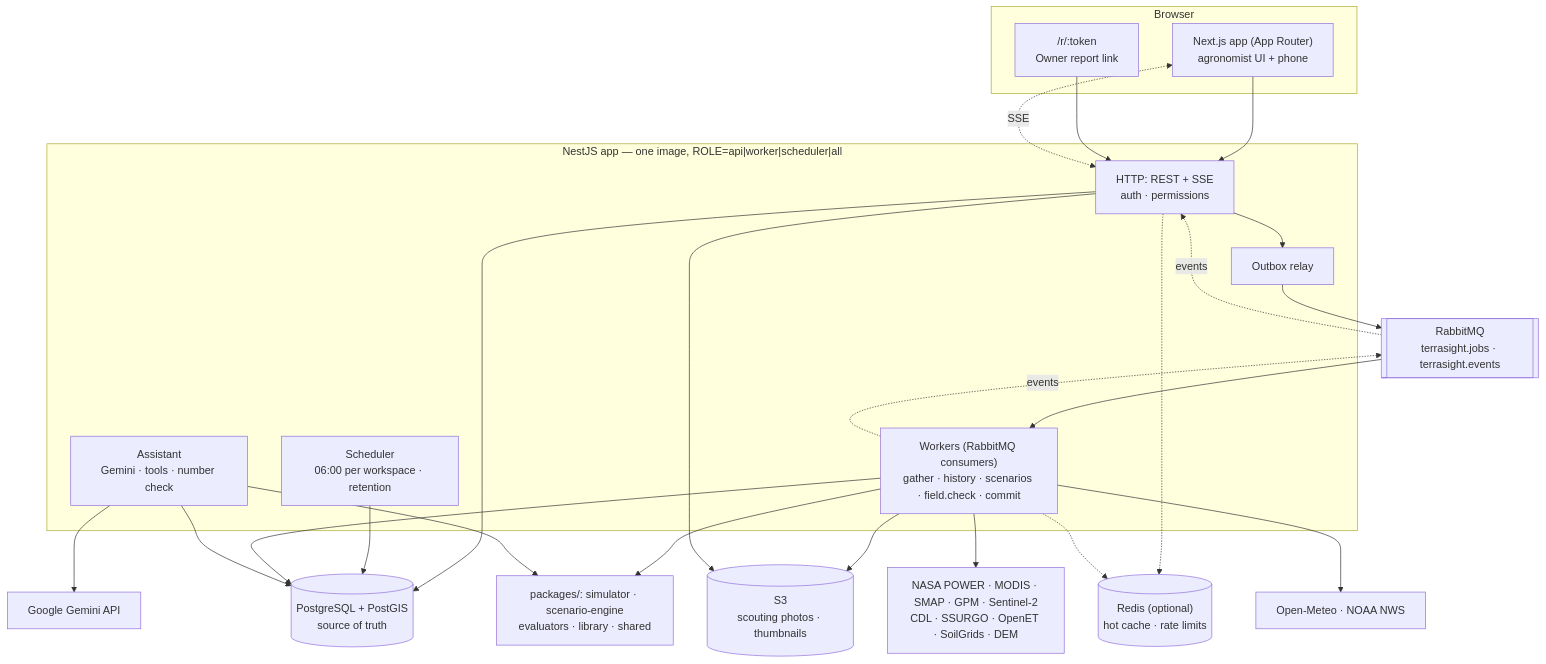
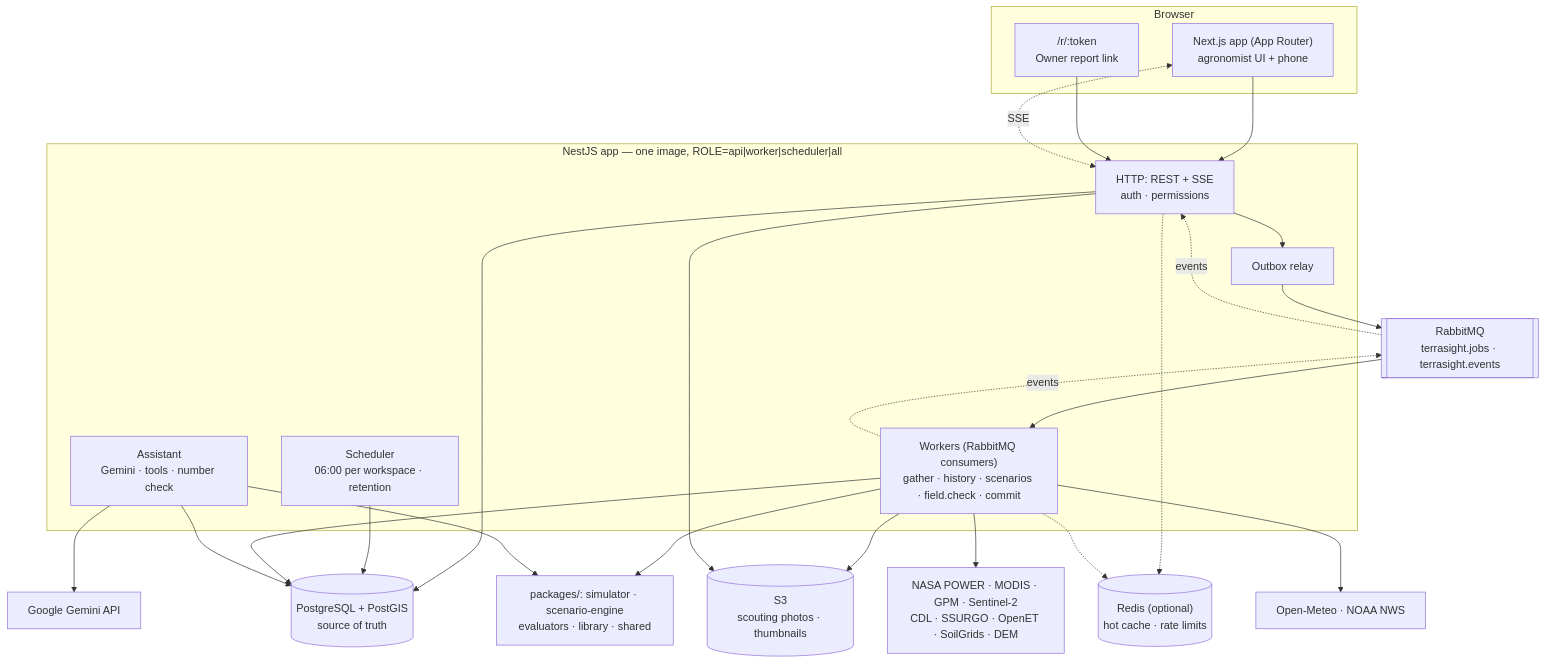
One commit to nekojidev/Terrasight changed the first of 3 diagrams in docs/03-tech-design.md. Above: the diagram before and after it, drawn with Mermaid. The commit also changed other lines of this file and 17 other files, not shown here.

Commit message:
S-10.11 GPM IMERG monthly precipitation adapter and check service; remove SMAP from docs and copy

````diff
--- a/docs/03-tech-design.md
+++ b/docs/03-tech-design.md
@@ -48,46 +48,46 @@
 ```mermaid
 flowchart TB
     subgraph Client["Browser"]
         WEB["Next.js app (App Router)<br/>agronomist UI + phone"]
         RL["/r/:token<br/>Owner report link"]
     end
 
     subgraph API["NestJS app — one image, ROLE=api|worker|scheduler|all"]
         HTTP["HTTP: REST + SSE<br/>auth · permissions"]
         ASSIST["Assistant<br/>Gemini · tools · number check"]
         WRK["Workers (RabbitMQ consumers)<br/>gather · history · scenarios · field.check · commit"]
         SCHED["Scheduler<br/>06:00 per workspace · retention"]
         OUT["Outbox relay"]
     end
 
     PG[("PostgreSQL + PostGIS<br/>source of truth")]
     MQ[["RabbitMQ<br/>terrasight.jobs · terrasight.events"]]
     RD[("Redis (optional)<br/>hot cache · rate limits")]
     S3[("S3<br/>scouting photos · thumbnails")]
     PKG["packages/: simulator · scenario-engine<br/>evaluators · library · shared"]
-    EXT["NASA POWER · MODIS · SMAP · GPM · Sentinel-2<br/>CDL · SSURGO · OpenET · SoilGrids · DEM"]
+    EXT["NASA POWER · MODIS · GPM · Sentinel-2<br/>CDL · SSURGO · OpenET · SoilGrids · DEM"]
     FC["Open-Meteo · NOAA NWS"]
     GEM["Google Gemini API"]
 
     WEB --> HTTP
     RL --> HTTP
     WEB <-.SSE.-> HTTP
     HTTP --> PG
     HTTP --> OUT
     OUT --> MQ
     MQ --> WRK
     SCHED --> PG
     WRK --> PG
     WRK --> EXT
     WRK --> FC
     WRK --> S3
     HTTP --> S3
     ASSIST --> GEM
     ASSIST --> PG
     WRK -. events .-> MQ
     MQ -. events .-> HTTP
     HTTP -.-> RD
     WRK -.-> RD
     WRK --> PKG
     ASSIST --> PKG
 ```
````
